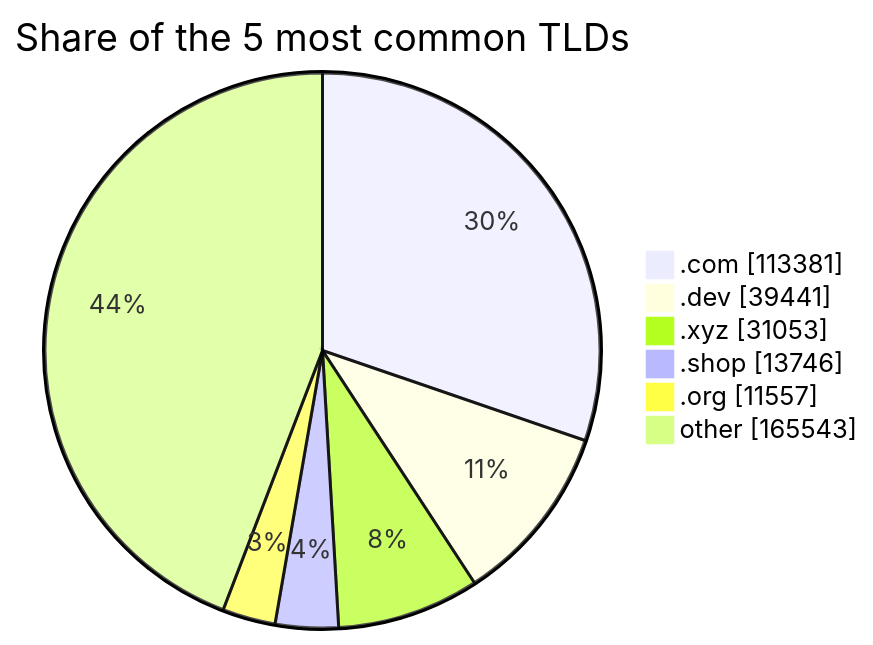
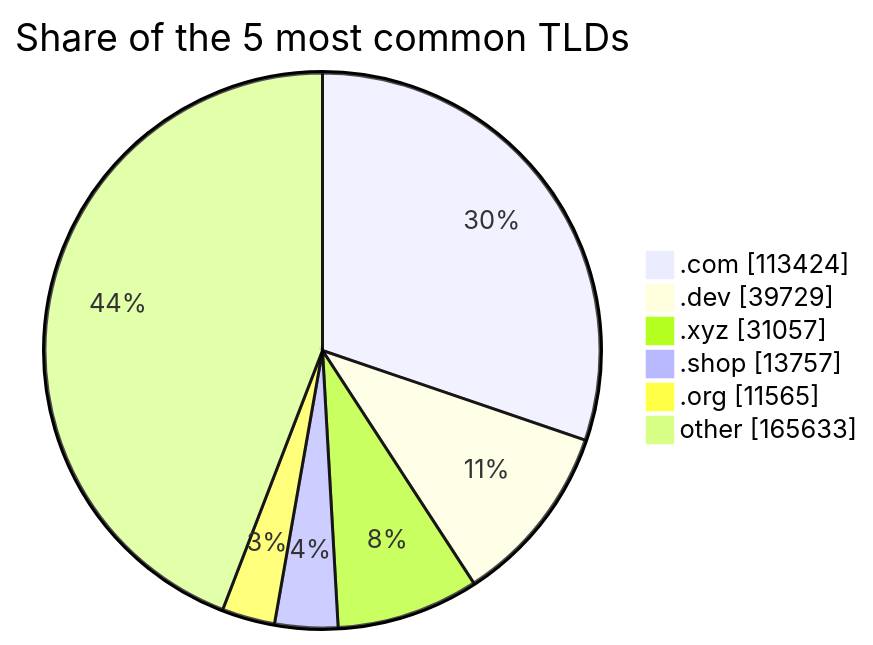
Before and after one commit to DNSBunker/CTI: the third of 3 diagrams in README.md, drawn with Mermaid. The commit also changed other lines of this file and 3 other files, not shown here.

````diff
--- a/README.md
+++ b/README.md
@@ -81,9 +81,9 @@
 ```mermaid
 pie showData title Share of the 5 most common TLDs
-    ".com" : 113381
-    ".dev" : 39441
-    ".xyz" : 31053
-    ".shop" : 13746
-    ".org" : 11557
-    "other" : 165543
+    ".com" : 113424
+    ".dev" : 39729
+    ".xyz" : 31057
+    ".shop" : 13757
+    ".org" : 11565
+    "other" : 165633
 ```
````
